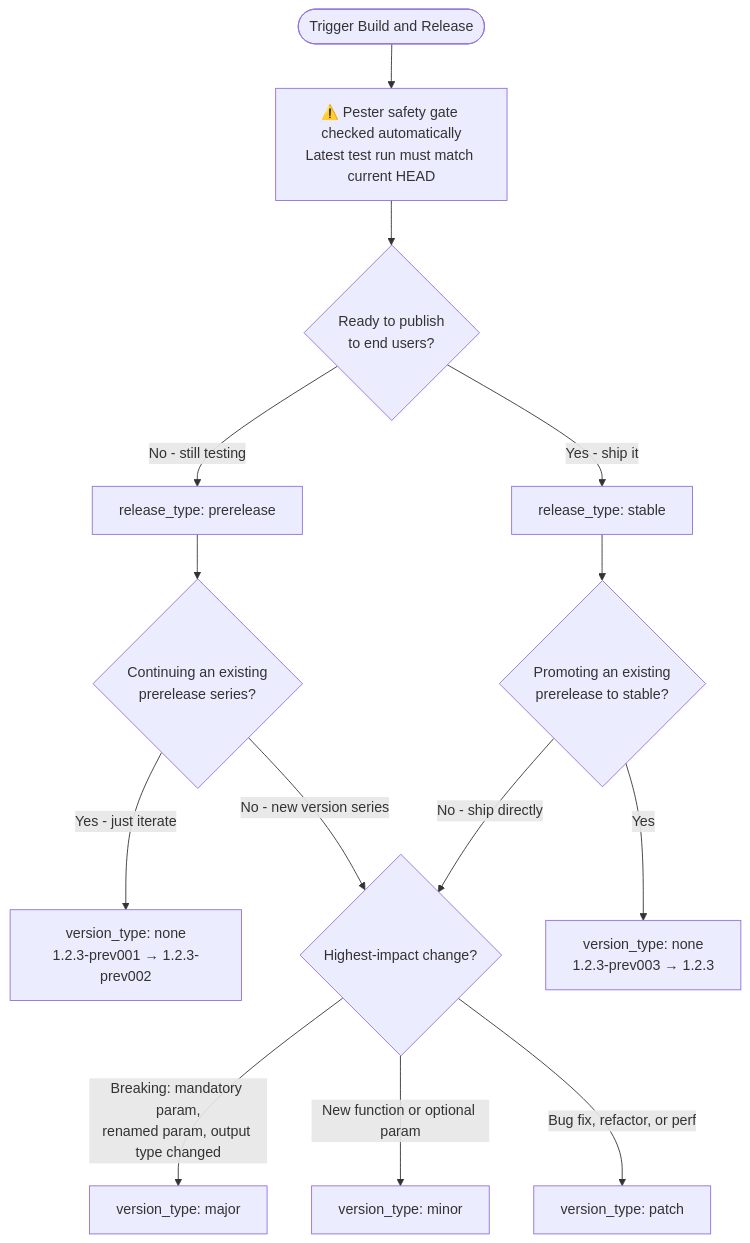
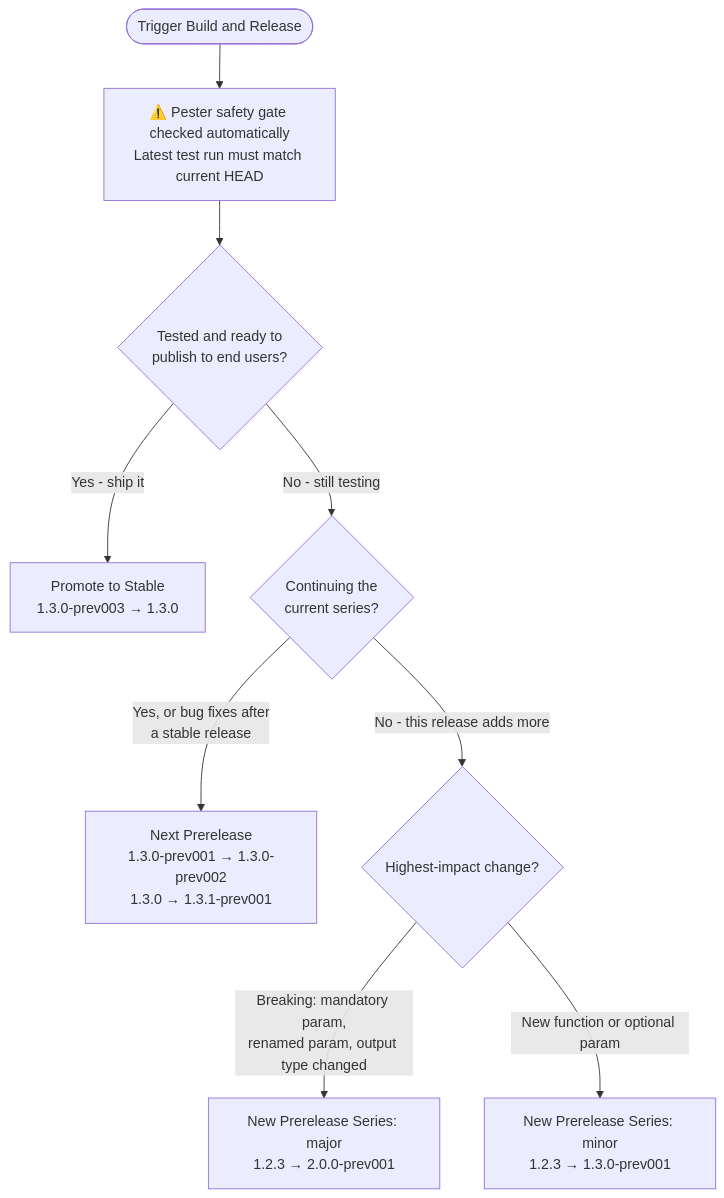
The diagram in docs/build-and-release.md (adrian-andersson/ModuleForge), drawn with Mermaid before and after one commit. The commit also changed other lines of this file and 6 other files, not shown here.

````diff
--- a/docs/build-and-release.md
+++ b/docs/build-and-release.md
@@ -57,20 +89,14 @@
 ```mermaid
 flowchart TD
     A([Trigger Build and Release]) --> GATE["⚠️ Pester safety gate checked automatically\nLatest test run must match current HEAD"]
-    GATE --> RT{Ready to publish\nto end users?}
+    GATE --> RT{Tested and ready to\npublish to end users?}
 
-    RT -->|No - still testing| PRE[release_type: prerelease]
-    RT -->|Yes - ship it| STA[release_type: stable]
+    RT -->|Yes - ship it| STA["Promote to Stable\n1.3.0-prev003 → 1.3.0"]
+    RT -->|No - still testing| PC{Continuing the\ncurrent series?}
 
-    PRE --> PC{Continuing an existing\nprerelease series?}
-    PC -->|Yes - just iterate| NONE_P["version_type: none\n1.2.3-prev001 → 1.2.3-prev002"]
-    PC -->|No - new version series| VT{Highest-impact change?}
+    PC -->|"Yes, or bug fixes after\na stable release"| NEXT["Next Prerelease\n1.3.0-prev001 → 1.3.0-prev002\n1.3.0 → 1.3.1-prev001"]
+    PC -->|No - this release adds more| VT{Highest-impact change?}
 
-    STA --> SC{Promoting an existing\nprerelease to stable?}
-    SC -->|Yes| NONE_S["version_type: none\n1.2.3-prev003 → 1.2.3"]
-    SC -->|No - ship directly| VT
-
-    VT -->|"Breaking: mandatory param,\nrenamed param, output type changed"| MAJ[version_type: major]
-    VT -->|New function or optional param| MIN[version_type: minor]
-    VT -->|Bug fix, refactor, or perf| PAT[version_type: patch]
+    VT -->|"Breaking: mandatory param,\nrenamed param, output type changed"| MAJ["New Prerelease Series: major\n1.2.3 → 2.0.0-prev001"]
+    VT -->|New function or optional param| MIN["New Prerelease Series: minor\n1.2.3 → 1.3.0-prev001"]
 ```
````
